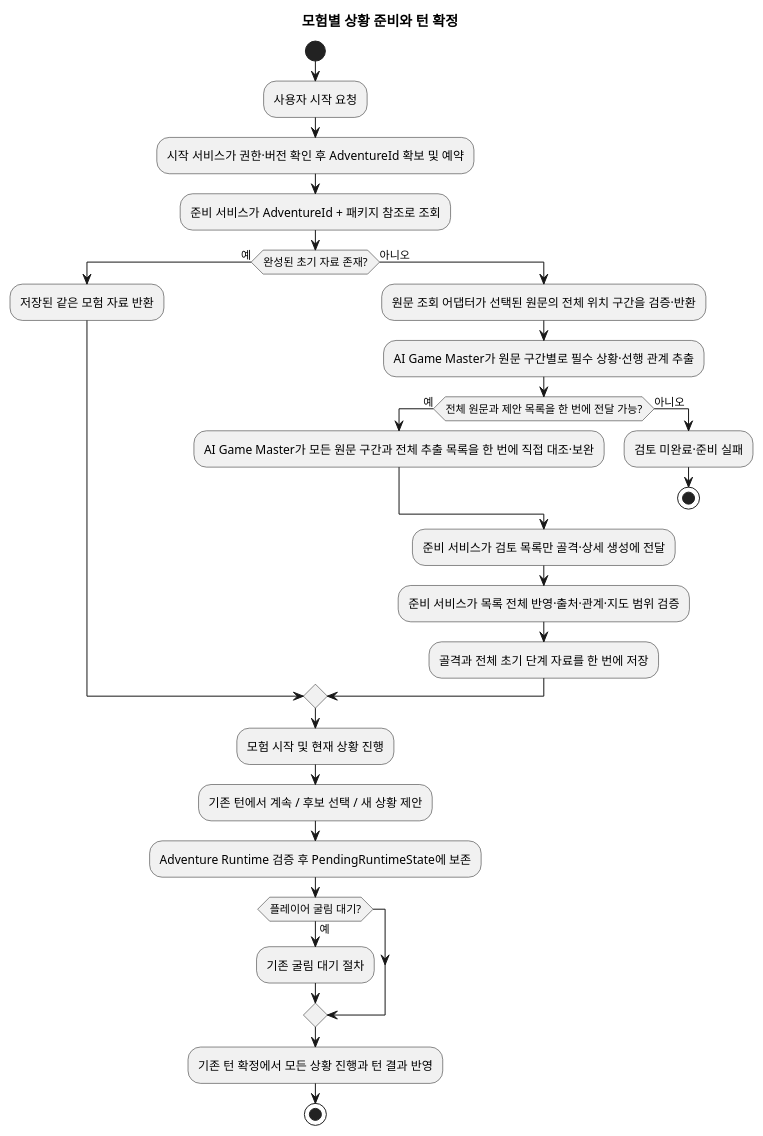
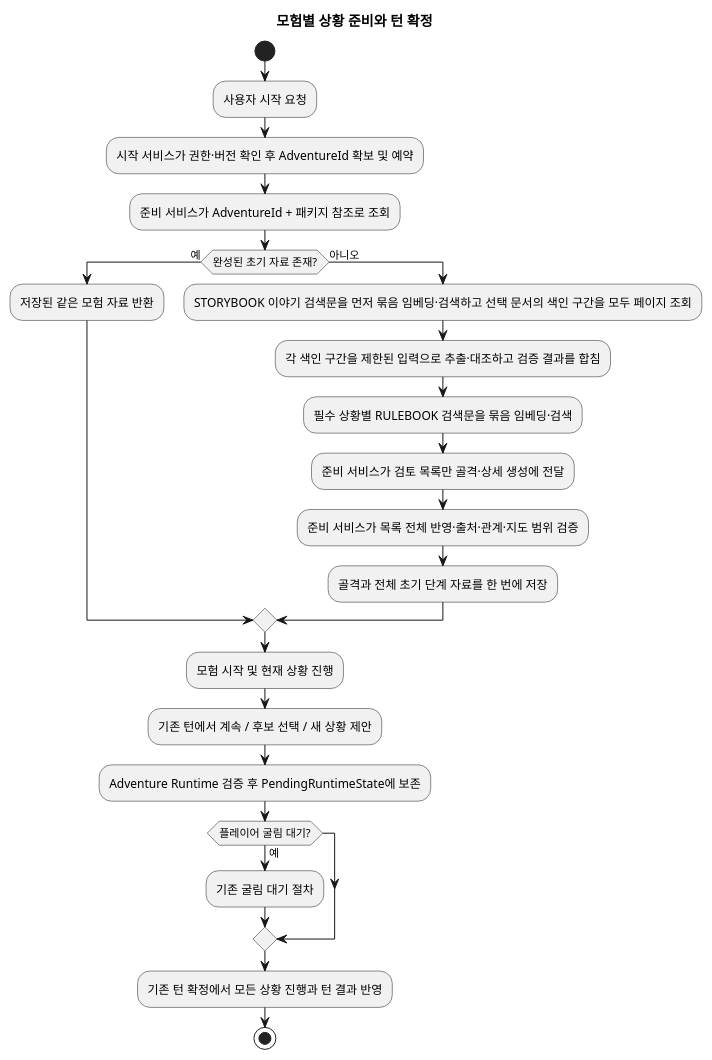
The diagram in docs/specs/scenario-situation-candidates/architecture-spec.md (omegafrog/dnd-master), drawn with PlantUML before and after one commit. The commit also changed other lines of this file and 17 other files, not shown here.

````diff
--- a/docs/specs/scenario-situation-candidates/architecture-spec.md
+++ b/docs/specs/scenario-situation-candidates/architecture-spec.md
@@ -33,32 +39,27 @@
 ```plantuml
 @startuml
  title 모험별 상황 준비와 턴 확정
  start
  :사용자 시작 요청;
  :시작 서비스가 권한·버전 확인 후 AdventureId 확보 및 예약;
  :준비 서비스가 AdventureId + 패키지 참조로 조회;
  if (완성된 초기 자료 존재?) then (예)
    :저장된 같은 모험 자료 반환;
  else (아니오)
-   :원문 조회 어댑터가 선택된 원문의 전체 위치 구간을 검증·반환;
-   :AI Game Master가 원문 구간별로 필수 상황·선행 관계 추출;
-   if (전체 원문과 제안 목록을 한 번에 전달 가능?) then (예)
-     :AI Game Master가 모든 원문 구간과 전체 추출 목록을 한 번에 직접 대조·보완;
-   else (아니오)
-     :검토 미완료·준비 실패;
-     stop
-   endif
+   :STORYBOOK 이야기 검색문을 먼저 묶음 임베딩·검색하고 선택 문서의 색인 구간을 모두 페이지 조회;
+   :각 색인 구간을 제한된 입력으로 추출·대조하고 검증 결과를 합침;
+   :필수 상황별 RULEBOOK 검색문을 묶음 임베딩·검색;
    :준비 서비스가 검토 목록만 골격·상세 생성에 전달;
    :준비 서비스가 목록 전체 반영·출처·관계·지도 범위 검증;
    :골격과 전체 초기 단계 자료를 한 번에 저장;
  endif
  :모험 시작 및 현재 상황 진행;
  :기존 턴에서 계속 / 후보 선택 / 새 상황 제안;
  :Adventure Runtime 검증 후 PendingRuntimeState에 보존;
  if (플레이어 굴림 대기?) then (예)
    :기존 굴림 대기 절차;
  endif
  :기존 턴 확정에서 모든 상황 진행과 턴 결과 반영;
  stop
 @enduml
 ```
````
